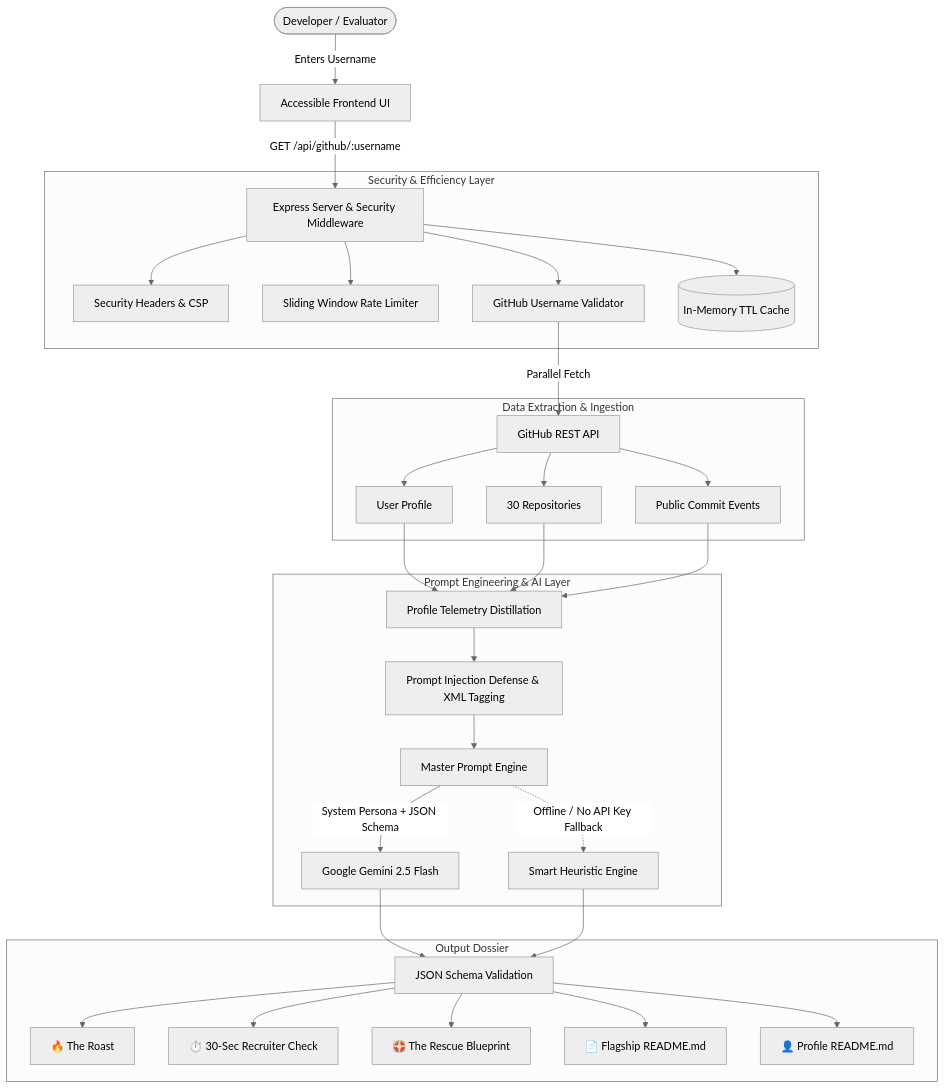
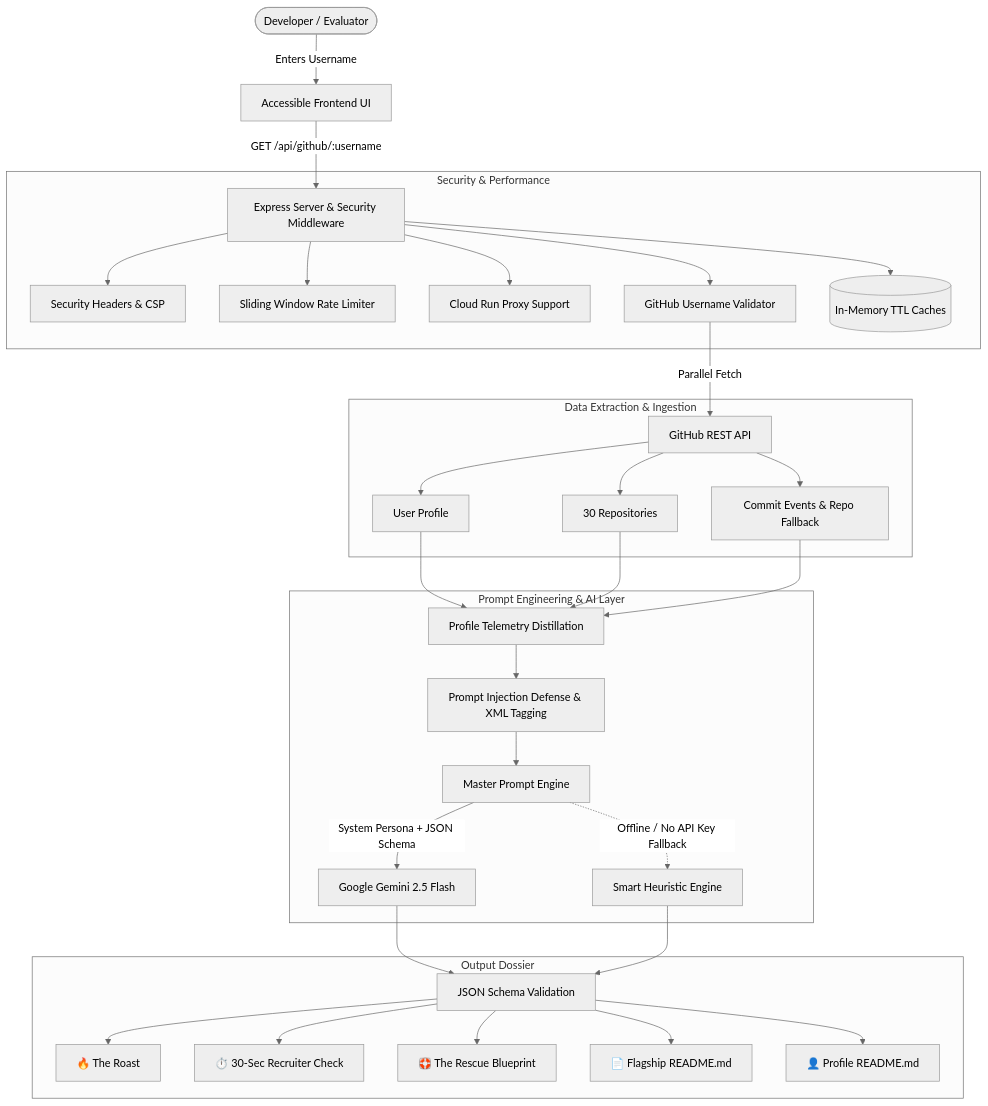
The diagram in README.md (GokulakannanCoumar/github-roast-and-rescue), drawn with Mermaid (neutral theme) before and after one commit. The commit also changed other lines of this file and 7 other files, not shown here.

Commit message:
fix: address audit items (MIT license, real CI badge, remove dead root files, trust proxy, direct commit fallback, level-aware cache)

````diff
--- a/README.md
+++ b/README.md
@@ -29,37 +29,38 @@
 ```mermaid
 flowchart TD
     User([Developer / Evaluator]) -->|Enters Username| UI[Accessible Frontend UI]
     UI -->|GET /api/github/:username| Server[Express Server & Security Middleware]
     
-    subgraph Security & Efficiency Layer
+    subgraph Security & Performance
         Server --> SecHeaders[Security Headers & CSP]
         Server --> RateLimit[Sliding Window Rate Limiter]
+        Server --> TrustProxy[Cloud Run Proxy Support]
         Server --> Validator[GitHub Username Validator]
-        Server --> Cache[(In-Memory TTL Cache)]
+        Server --> Cache[(In-Memory TTL Caches)]
     end
 
     subgraph Data Extraction & Ingestion
         Validator -->|Parallel Fetch| GH_API[GitHub REST API]
         GH_API --> FetchUser[User Profile]
         GH_API --> FetchRepos[30 Repositories]
-        GH_API --> FetchEvents[Public Commit Events]
+        GH_API --> FetchEvents[Commit Events & Repo Fallback]
     end
 
     subgraph Prompt Engineering & AI Layer
         FetchUser & FetchRepos & FetchEvents --> DataSummary[Profile Telemetry Distillation]
         DataSummary --> Sanitizer[Prompt Injection Defense & XML Tagging]
         Sanitizer --> PromptBuilder[Master Prompt Engine]
         PromptBuilder -->|System Persona + JSON Schema| LLM[Google Gemini 2.5 Flash]
         PromptBuilder -.->|Offline / No API Key Fallback| HeuristicEngine[Smart Heuristic Engine]
     end
 
     subgraph Output Dossier
         LLM --> JSONParse[JSON Schema Validation]
         HeuristicEngine --> JSONParse
         JSONParse --> Tab1[🔥 The Roast]
         JSONParse --> Tab2[⏱️ 30-Sec Recruiter Check]
         JSONParse --> Tab3[🛟 The Rescue Blueprint]
         JSONParse --> Tab4[📄 Flagship README.md]
         JSONParse --> Tab5[👤 Profile README.md]
     end
 ```
````
